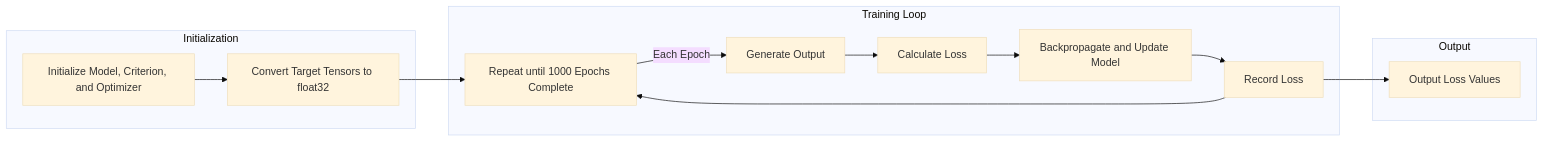
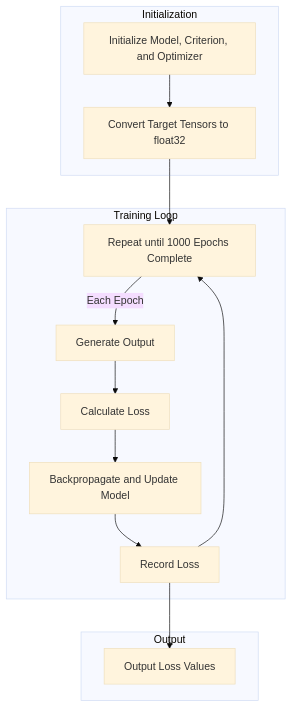
The diagram in docs/machine_learning/deep_learning/04_autoencoder.md (comp-tox-jhu/CompToxLab), drawn with Mermaid (base theme) before and after one commit.

````diff
--- a/docs/machine_learning/deep_learning/04_autoencoder.md
+++ b/docs/machine_learning/deep_learning/04_autoencoder.md
@@ -165,23 +165,23 @@
     ``` mermaid
-    flowchart LR
+    flowchart TB
     subgraph Initialization
         A[Initialize Model, Criterion, and Optimizer]
         B[Convert Target Tensors to float32]
     end
 
     subgraph Training Loop
         C[Loop: 1000 Epochs]
         C -->|Each Epoch| D[Generate Output]
         D --> E[Calculate Loss]
         E --> F[Backpropagate and Update Model]
         F --> G[Record Loss]
         G --> C[Repeat until 1000 Epochs Complete]
     end
 
     subgraph Output
         H[Output Loss Values]
     end
 
     A --> B --> C
     G --> H
     ```
````
